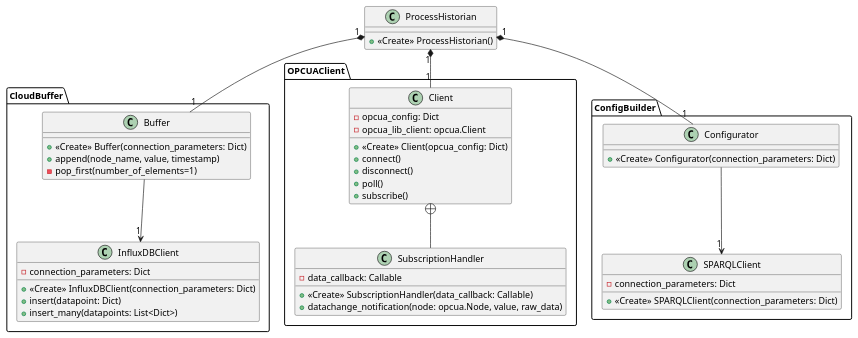
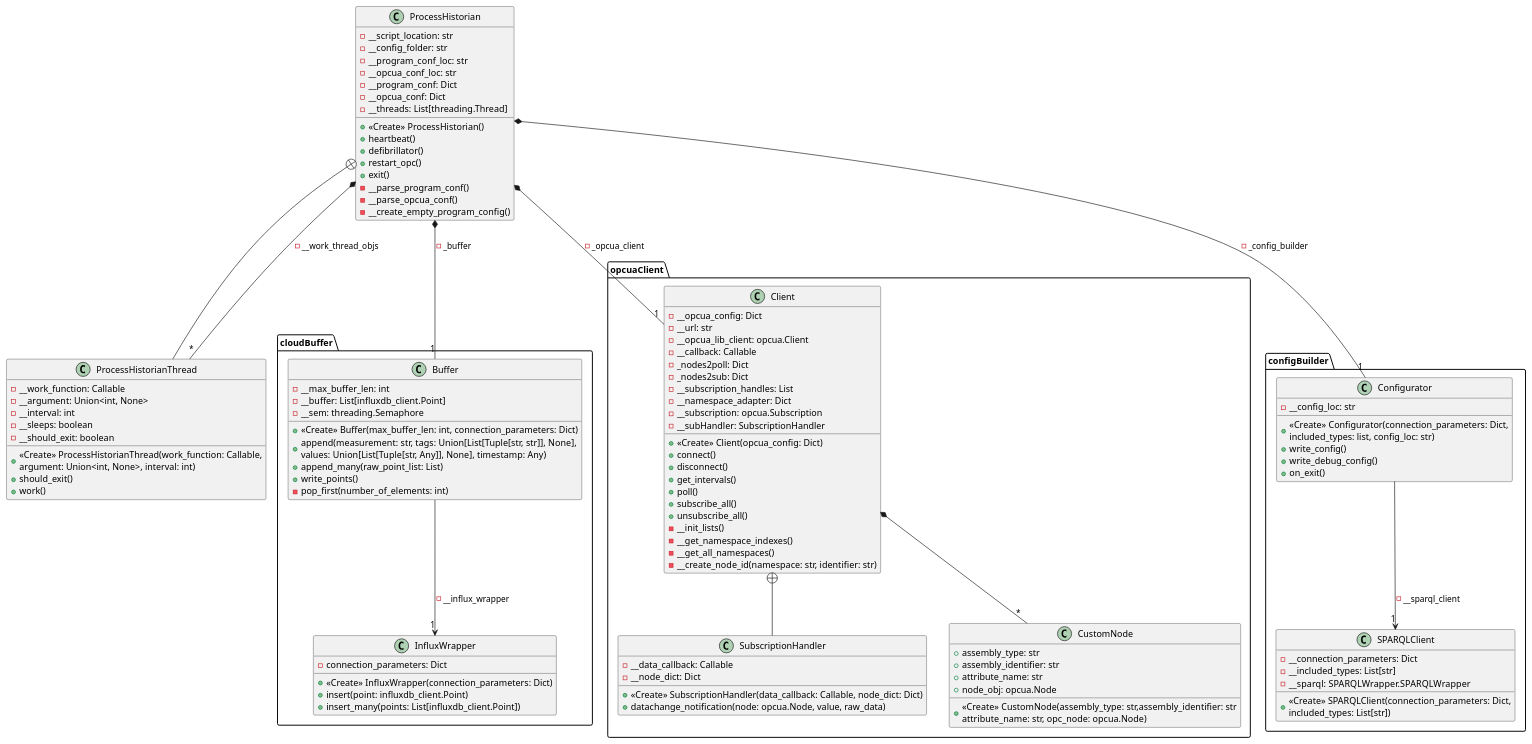
The diagram in documentation/architecture/class_diagram.pu (Praktikum-PvAS/process-historian), drawn with PlantUML before and after one commit.

Commit message:
Update class diagram

```diff
--- a/documentation/architecture/class_diagram.pu
+++ b/documentation/architecture/class_diagram.pu
@@ -1,48 +1,110 @@
 @startuml "Process Historian"
 
-class CloudBuffer.Buffer {
-    +<<Create>> Buffer(connection_parameters: Dict)
-    +append(node_name, value, timestamp)
-    -pop_first(number_of_elements=1)
+class cloudBuffer.Buffer {
+    - __max_buffer_len: int
+    - __buffer: List[influxdb_client.Point]
+    - __sem: threading.Semaphore
+    + <<Create>> Buffer(max_buffer_len: int, connection_parameters: Dict)
+    + append(measurement: str, tags: Union[List[Tuple[str, str]], None],\nvalues: Union[List[Tuple[str, Any]], None], timestamp: Any)
+    + append_many(raw_point_list: List)
+    + write_points()
+    - pop_first(number_of_elements: int)
 }
-class CloudBuffer.InfluxDBClient{
-    -connection_parameters: Dict
-    +<<Create>> InfluxDBClient(connection_parameters: Dict)
-    +insert(datapoint: Dict)
-    +insert_many(datapoints: List<Dict>)
+class cloudBuffer.InfluxWrapper{
+    - connection_parameters: Dict
+    + <<Create>> InfluxWrapper(connection_parameters: Dict)
+    + insert(point: influxdb_client.Point)
+    + insert_many(points: List[influxdb_client.Point])
 }
-CloudBuffer.Buffer --> "1" CloudBuffer.InfluxDBClient
+cloudBuffer.Buffer --> "1" cloudBuffer.InfluxWrapper : - __influx_wrapper
 
-class OPCUAClient.Client {
-    -opcua_config: Dict
-    -opcua_lib_client: opcua.Client
+class opcuaClient.Client {
+    - __opcua_config: Dict
+    - __url: str
+    - __opcua_lib_client: opcua.Client
+    - __callback: Callable
+    - _nodes2poll: Dict
+    - _nodes2sub: Dict
+    - __subscription_handles: List
+    - __namespace_adapter: Dict
+    - __subscription: opcua.Subscription
+    - __subHandler: SubscriptionHandler
     +<<Create>> Client(opcua_config: Dict)
-    +connect()
-    +disconnect()
-    +poll()
-    +subscribe()
+    + connect()
+    + disconnect()
+    + get_intervals()
+    + poll()
+    + subscribe_all()
+    + unsubscribe_all()
+    - __init_lists()
+    - __get_namespace_indexes()
+    - __get_all_namespaces()
+    - __create_node_id(namespace: str, identifier: str)
 }
-class OPCUAClient.SubscriptionHandler {
-    -data_callback: Callable
-    +<<Create>> SubscriptionHandler(data_callback: Callable)
-    +datachange_notification(node: opcua.Node, value, raw_data)
+class opcuaClient.SubscriptionHandler {
+    - __data_callback: Callable
+    - __node_dict: Dict
+    + <<Create>> SubscriptionHandler(data_callback: Callable, node_dict: Dict)
+    + datachange_notification(node: opcua.Node, value, raw_data)
 }
-OPCUAClient.Client +-- OPCUAClient.SubscriptionHandler
+class opcuaClient.CustomNode {
+    + assembly_type: str
+    + assembly_identifier: str
+    + attribute_name: str
+    + node_obj: opcua.Node
+    + <<Create>> CustomNode(assembly_type: str,assembly_identifier: str\nattribute_name: str, opc_node: opcua.Node)
+}
+opcuaClient.Client +-- opcuaClient.SubscriptionHandler
+opcuaClient.Client *-- "*" opcuaClient.CustomNode
 
-class ConfigBuilder.Configurator {
-    +<<Create>> Configurator(connection_parameters: Dict)
+
+class configBuilder.Configurator {
+    - __config_loc: str
+    + <<Create>> Configurator(connection_parameters: Dict,\nincluded_types: list, config_loc: str)
+    + write_config()
+    + write_debug_config()
+    + on_exit()
 }
-class ConfigBuilder.SPARQLClient{
-    -connection_parameters: Dict
-    +<<Create>> SPARQLClient(connection_parameters: Dict)
+class configBuilder.SPARQLClient{
+    - __connection_parameters: Dict
+    - __included_types: List[str]
+    - __sparql: SPARQLWrapper.SPARQLWrapper
+    + <<Create>> SPARQLClient(connection_parameters: Dict,\nincluded_types: List[str])
 }
-ConfigBuilder.Configurator --> "1" ConfigBuilder.SPARQLClient
+configBuilder.Configurator --> "1" configBuilder.SPARQLClient: - __sparql_client
 
 class ProcessHistorian {
-    +<<Create>> ProcessHistorian()
+    - __script_location: str
+    - __config_folder: str
+    - __program_conf_loc: str
+    - __opcua_conf_loc: str
+    - __program_conf: Dict
+    - __opcua_conf: Dict
+    - __threads: List[threading.Thread]
+    + <<Create>> ProcessHistorian()
+    + heartbeat()
+    + defibrillator()
+    + restart_opc()
+    + exit()
+    - __parse_program_conf()
+    - __parse_opcua_conf()
+    - __create_empty_program_config()
 }
-ProcessHistorian "1" *-- "1" CloudBuffer.Buffer
-ProcessHistorian "1" *-- "1" OPCUAClient.Client
-ProcessHistorian "1" *-- "1" ConfigBuilder.Configurator
+ProcessHistorian *-- "1" cloudBuffer.Buffer: - _buffer
+ProcessHistorian *-- "1" opcuaClient.Client: - _opcua_client
+ProcessHistorian *-- "1" configBuilder.Configurator: -_config_builder
+ProcessHistorian +-- ProcessHistorianThread
+ProcessHistorian *-- "*" ProcessHistorianThread: - __work_thread_objs
+
+class ProcessHistorianThread {
+    - __work_function: Callable
+    - __argument: Union<int, None>
+    - __interval: int
+    - __sleeps: boolean
+    - __should_exit: boolean
+    + <<Create>> ProcessHistorianThread(work_function: Callable,\nargument: Union<int, None>, interval: int)
+    + should_exit()
+    + work()
+}
 
 @enduml
```
